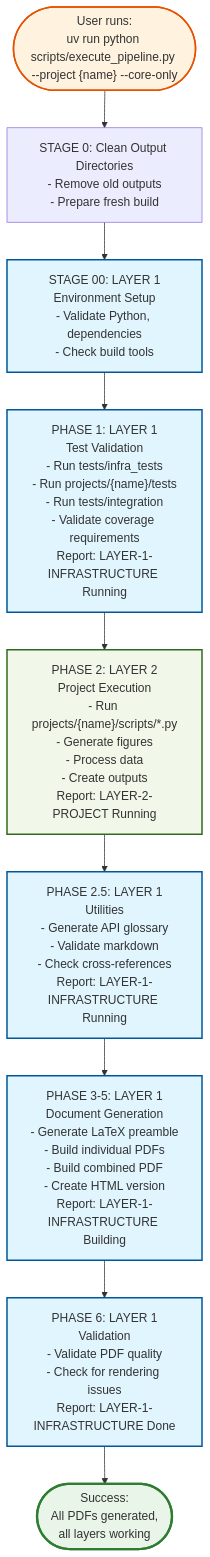
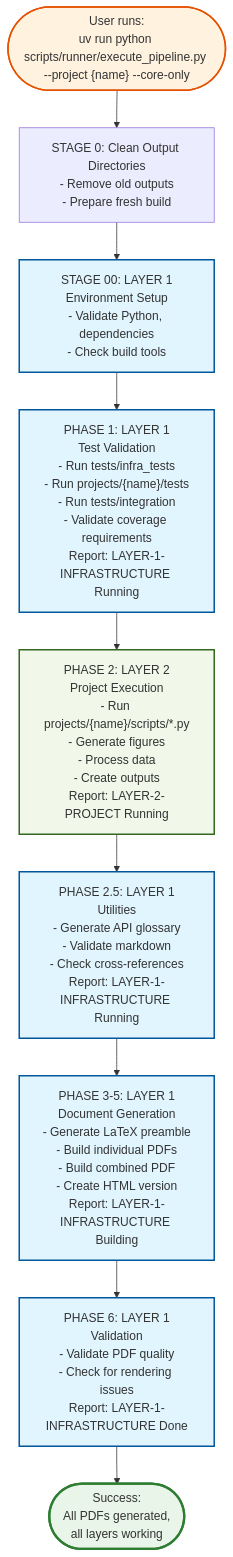
One commit to docxology/template changed the eighth of 9 diagrams in docs/architecture/two-layer-architecture.md. Above: the diagram before and after it, drawn with Mermaid. The commit also changed other lines of this file and 435 other files, not shown here.

````diff
--- a/docs/architecture/two-layer-architecture.md
+++ b/docs/architecture/two-layer-architecture.md
@@ -344,27 +344,27 @@
 ```mermaid
 flowchart TD
-    START(["User runs:<br/>uv run python scripts/execute_pipeline.py --project {name} --core-only"]) --> CLEAN["STAGE 0: Clean Output Directories<br/>- Remove old outputs<br/>- Prepare fresh build"]
+    START(["User runs:<br/>uv run python scripts/runner/execute_pipeline.py --project {name} --core-only"]) --> CLEAN["STAGE 0: Clean Output Directories<br/>- Remove old outputs<br/>- Prepare fresh build"]
     CLEAN --> STAGE00["STAGE 00: LAYER 1<br/>Environment Setup<br/>- Validate Python, dependencies<br/>- Check build tools"]
 
     STAGE00 --> PHASE1["PHASE 1: LAYER 1<br/>Test Validation<br/>- Run tests/infra_tests<br/>- Run projects/{name}/tests<br/>- Run tests/integration<br/>- Validate coverage requirements<br/>Report: LAYER-1-INFRASTRUCTURE Running"]
 
     PHASE1 --> PHASE2["PHASE 2: LAYER 2<br/>Project Execution<br/>- Run projects/{name}/scripts/*.py<br/>- Generate figures<br/>- Process data<br/>- Create outputs<br/>Report: LAYER-2-PROJECT Running"]
 
     PHASE2 --> PHASE2_5["PHASE 2.5: LAYER 1<br/>Utilities<br/>- Generate API glossary<br/>- Validate markdown<br/>- Check cross-references<br/>Report: LAYER-1-INFRASTRUCTURE Running"]
 
     PHASE2_5 --> PHASE3_5["PHASE 3-5: LAYER 1<br/>Document Generation<br/>- Generate LaTeX preamble<br/>- Build individual PDFs<br/>- Build combined PDF<br/>- Create HTML version<br/>Report: LAYER-1-INFRASTRUCTURE Building"]
 
     PHASE3_5 --> PHASE6["PHASE 6: LAYER 1<br/>Validation<br/>- Validate PDF quality<br/>- Check for rendering issues<br/>Report: LAYER-1-INFRASTRUCTURE Done"]
 
     PHASE6 --> SUCCESS(["Success:<br/>All PDFs generated,<br/>all layers working"])
 
     classDef layer1 fill:#e1f5fe,stroke:#01579b,stroke-width:2px
     classDef layer2 fill:#f1f8e9,stroke:#33691e,stroke-width:2px
     classDef success fill:#e8f5e8,stroke:#2e7d32,stroke-width:3px
     classDef start fill:#fff3e0,stroke:#e65100,stroke-width:2px
 
     class STAGE00,PHASE1,PHASE2_5,PHASE3_5,PHASE6 layer1
     class PHASE2 layer2
     class SUCCESS success
     class START start
 ```
````
